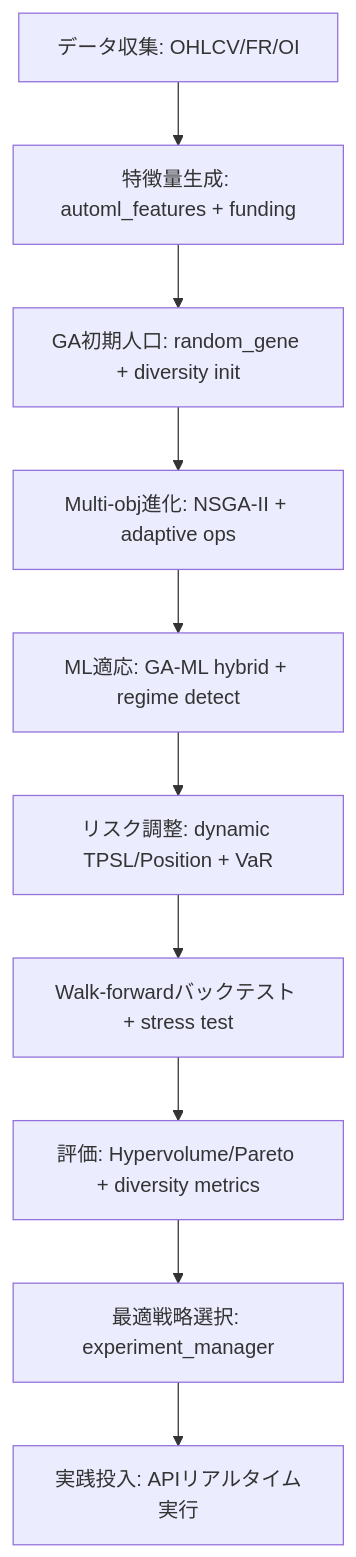
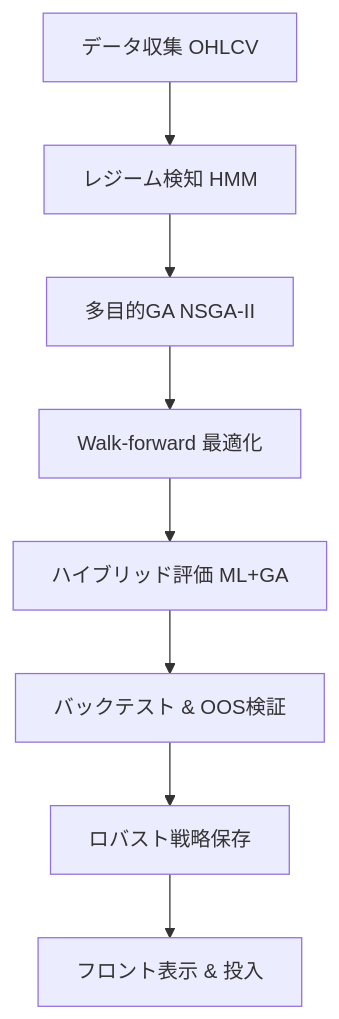
One commit to bads1de/trdinger changed the diagram in auto_strategy_enhancement_plan.md. Above: the diagram before and after it, drawn with Mermaid. The commit also changed other lines of this file and 1 other file, not shown here.

````diff
--- a/auto_strategy_enhancement_plan.md
+++ b/auto_strategy_enhancement_plan.md
@@ -126,12 +42,10 @@
 ```mermaid
 graph TD
-    A[データ収集: OHLCV/FR/OI] --> B[特徴量生成: automl_features + funding]
-    B --> C[GA初期人口: random_gene + diversity init]
-    C --> D[Multi-obj進化: NSGA-II + adaptive ops]
-    D --> E[ML適応: GA-ML hybrid + regime detect]
-    E --> F[リスク調整: dynamic TPSL/Position + VaR]
-    F --> G[Walk-forwardバックテスト + stress test]
-    G --> H[評価: Hypervolume/Pareto + diversity metrics]
-    H --> I[最適戦略選択: experiment_manager]
-    I --> J[実践投入: APIリアルタイム実行]
+    A[データ収集 OHLCV] --> B[レジーム検知 HMM]
+    B --> C[多目的GA NSGA-II]
+    C --> D[Walk-forward 最適化]
+    D --> E[ハイブリッド評価 ML+GA]
+    E --> F[バックテスト & OOS検証]
+    F --> G[ロバスト戦略保存]
+    G --> H[フロント表示 & 投入]
 ```
````
